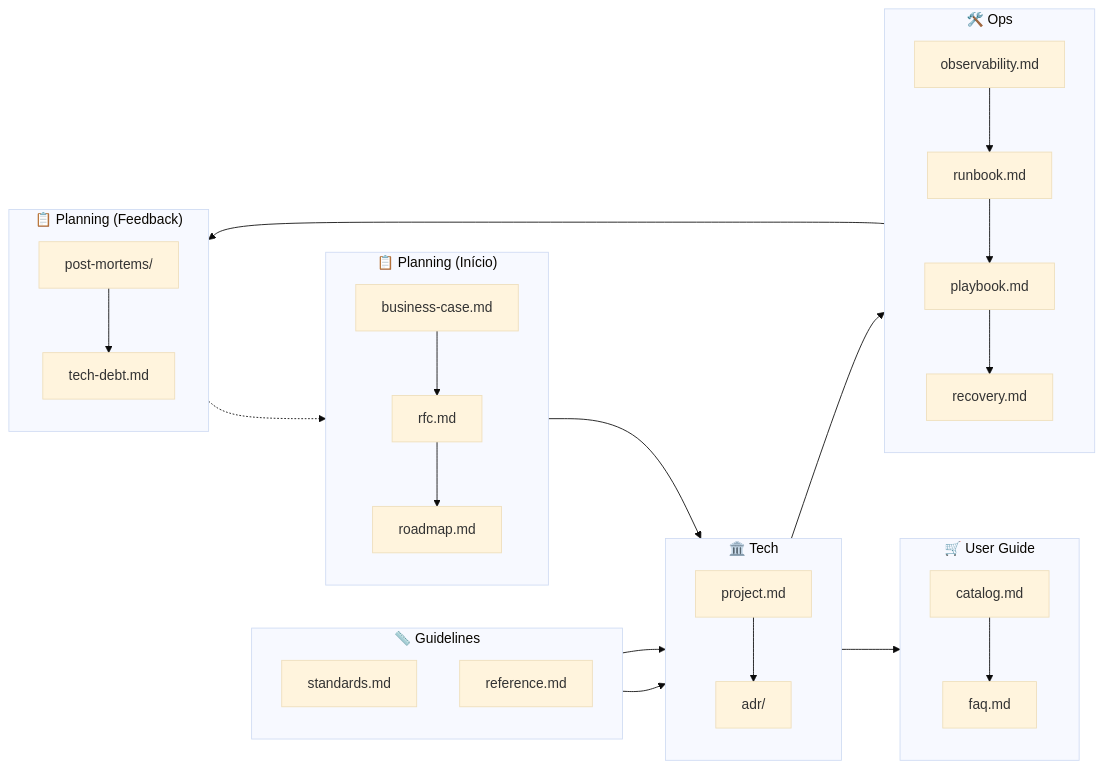
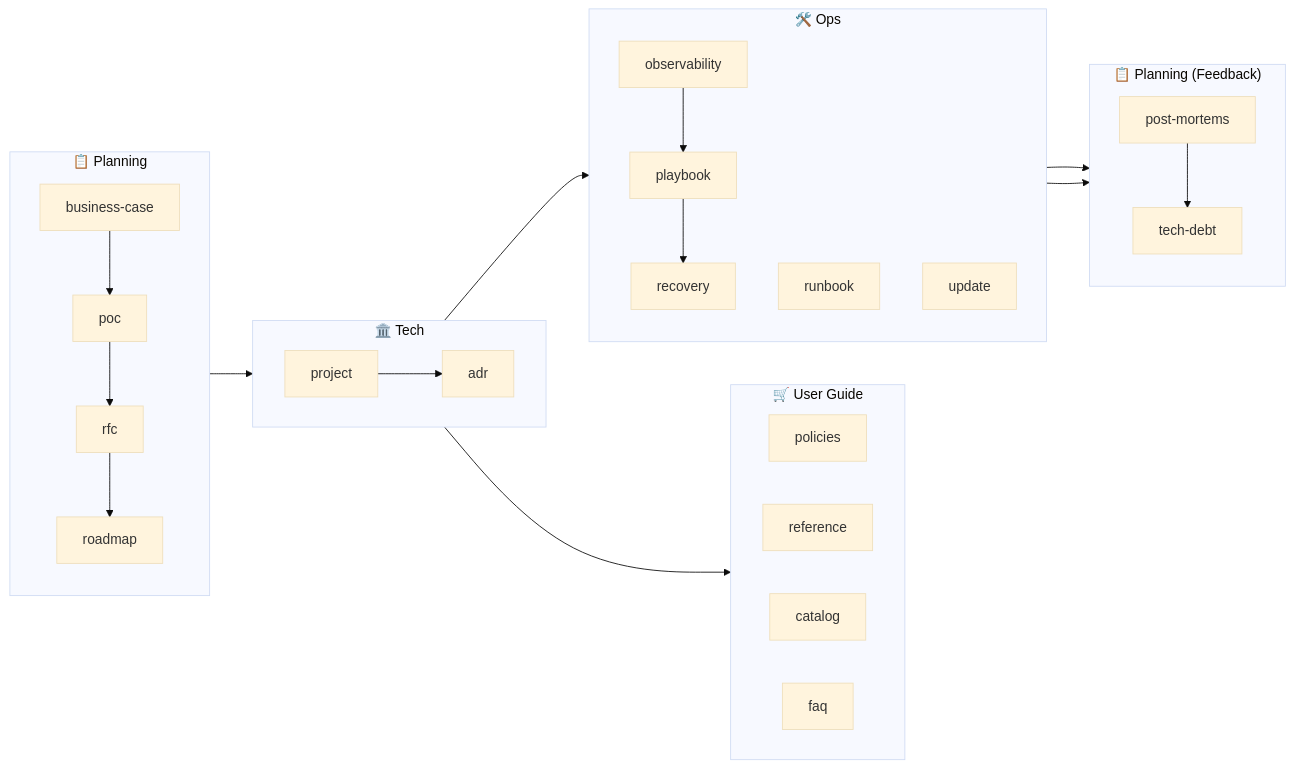
Before and after one commit to andreyolv/pikakube: the diagram in docs/docs-standard.md, drawn with Mermaid (base theme). The commit also changed 18 other files, not shown here.

````diff
--- a/docs/docs-standard.md
+++ b/docs/docs-standard.md
@@ -31,54 +31,48 @@
 ```mermaid
 graph LR
-    %% COLUNA 1: DEFINIÇÃO INICIAL
-    subgraph "📋 Planning (Início)"
+    subgraph Planning ["📋 Planning"]
         direction TB
-        BC[business-case.md] --> RFC[rfc.md]
-        RFC --> RD[roadmap.md]
+
+        BC[business-case] --> POC[poc]
+        POC[poc] --> RFC[rfc]
+        RFC[rfc] --> RD[roadmap]
     end
 
-    %% COLUNA 2: REGRAS DO JOGO
-    subgraph "📏 Guidelines"
-        direction TB
-        STD[standards.md]
-        REF[reference.md]
+    Planning --> Tech
+
+    subgraph Tech ["🏛️ Tech"]
+        direction LR
+
+        PJ[project] --> ADR[adr]
     end
 
-    %% COLUNA 3: O PROJETO
-    subgraph "🏛️ Tech"
-        direction TB
-        PJ[project.md] --> ADR[adr/]
+    Tech --> UserGuide
+    Tech --> Ops
+
+    subgraph UserGuide ["🛒 User Guide"]
+        direction LR
+
+        PCY[policies]
+        REF[reference]
+        CAT[catalog]
+        FAQ[faq]
     end
 
-    %% CONEXÕES PARA O PROJETO
-    RD --> PJ
-    STD --> PJ
-    REF --> PJ
+    subgraph Ops ["🛠️ Ops"]
+        direction TB
 
-    %% COLUNA 4: EXECUÇÃO PARALELA
-    subgraph "🛒 User Guide"
-        direction TB
-        CAT[catalog.md] --> FAQ[faq.md]
+        OBS[observability] --> PB[playbook]
+        RB[runbook]
+        UD[update]
+        PB --> REC[recovery]
     end
 
-    subgraph "🛠️ Ops"
+    PB --> PM
+    REC --> PM
+
+    subgraph Planning2 ["📋 Planning (Feedback)"]
         direction TB
-        OBS[observability.md] --> RB[runbook.md]
-        RB --> PB[playbook.md]
-        PB --> REC[recovery.md]
+
+        PM[post-mortems] --> TD[tech-debt]
     end
-
-    %% LIGAÇÕES PARALELAS
-    PJ --> CAT
-    PJ --> OBS
-
-    %% COLUNA 5: FEEDBACK (DENTRO DE PLANNING)
-    subgraph "📋 Planning (Feedback)"
-        direction TB
-        PM[post-mortems/] --> TD[tech-debt.md]
-    end
-
-    %% FECHAMENTO DO CICLO
-    PB --> PM
-    TD -.-> RD
 ```
````
